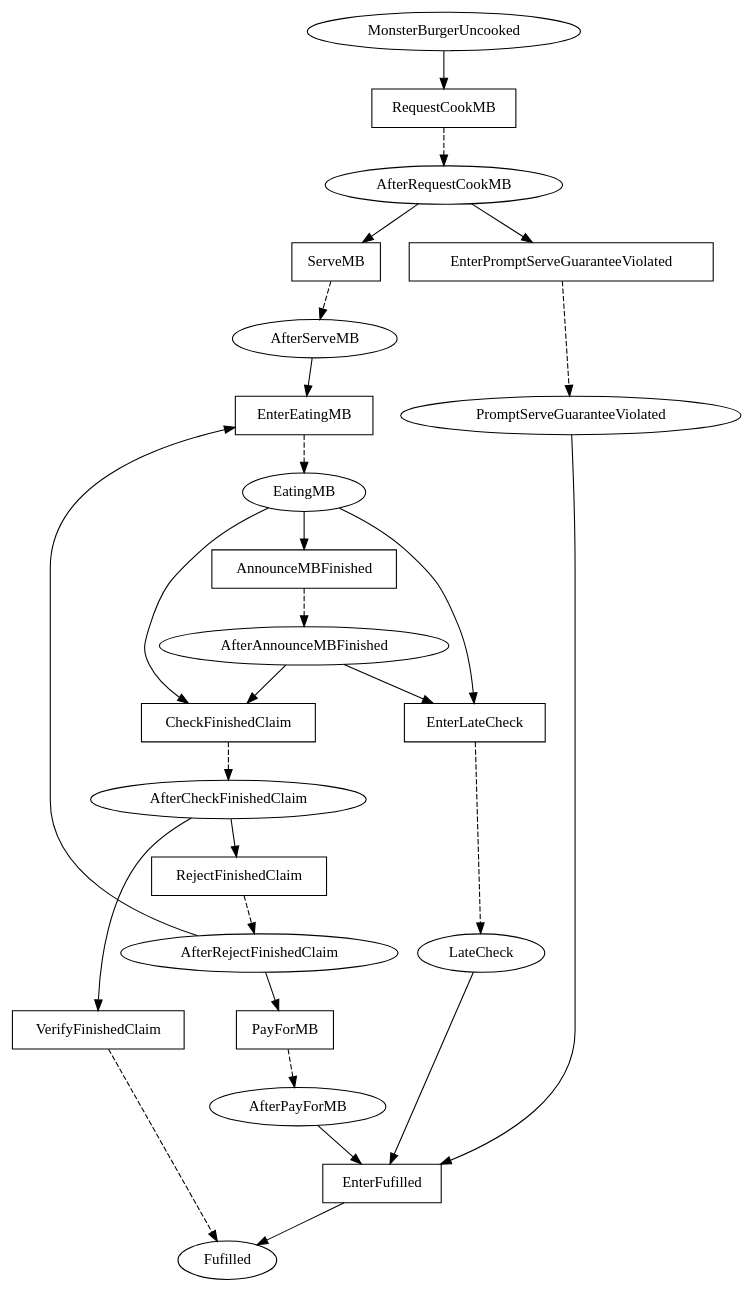
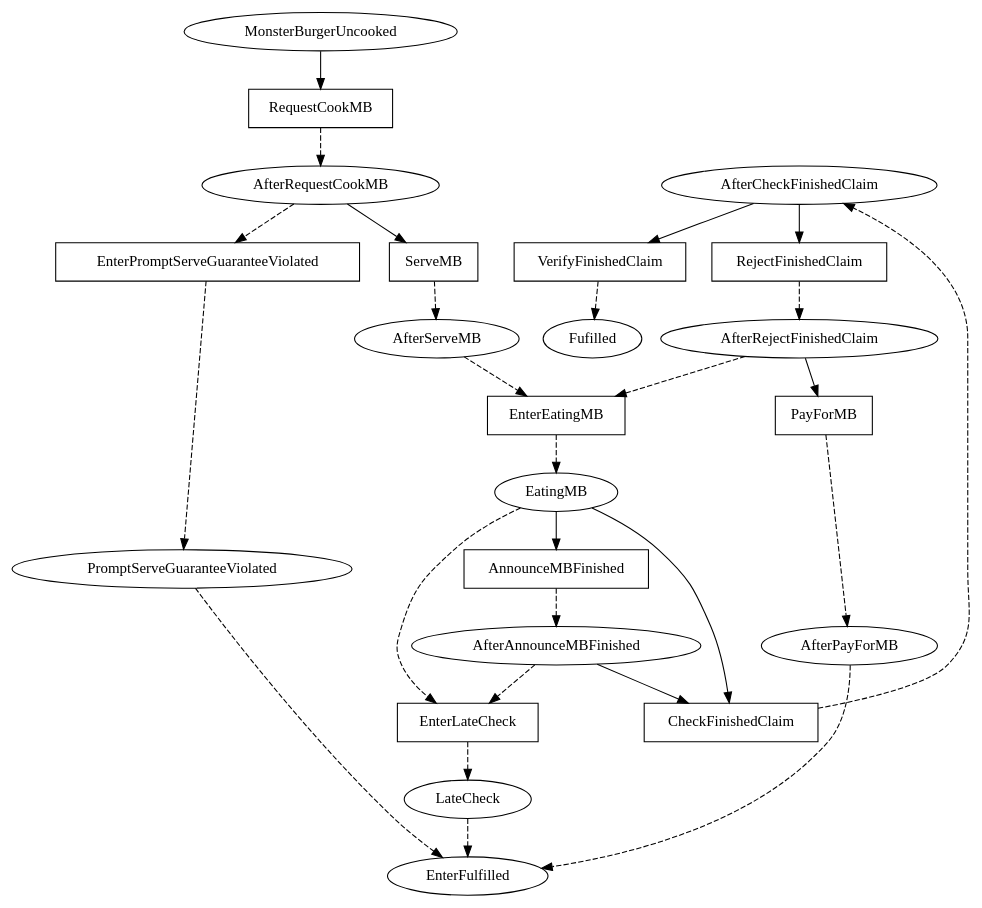
The diagram in linear_state_machine_language/pyL4/examples_graphviz_gen/toy_and_teaching/monster_burger_program_only.dot (Marcao02/complaw-deeptech), drawn with Graphviz before and after one commit. The commit also changed 11 other files, not shown here.

Commit message:
some bugs in graphviz generation, and misc small fixes

```diff
--- a/linear_state_machine_language/pyL4/examples_graphviz_gen/toy_and_teaching/monster_burger_program_only.dot
+++ b/linear_state_machine_language/pyL4/examples_graphviz_gen/toy_and_teaching/monster_burger_program_only.dot
@@ -1,58 +1,57 @@
 // THIS IS A GENERATED FILE. DO NOT EDIT.
 
 digraph Monster_Burger {    
     Fulfilled[label=Fufilled];
     MonsterBurgerUncooked[label=MonsterBurgerUncooked];
 	AfterRequestCookMB[label=AfterRequestCookMB];
 	AfterServeMB[label=AfterServeMB];
 	PromptServeGuaranteeViolated[label=PromptServeGuaranteeViolated];
 	EatingMB[label=EatingMB];
 	AfterAnnounceMBFinished[label=AfterAnnounceMBFinished];
 	LateCheck[label=LateCheck];
 	AfterCheckFinishedClaim[label=AfterCheckFinishedClaim];
 	AfterRejectFinishedClaim[label=AfterRejectFinishedClaim];
 	AfterPayForMB[label=AfterPayForMB]
     
-    EnterFulfilled[label=EnterFufilled,shape=box];
+     
     RequestCookMB[label=RequestCookMB,shape=box];
 	ServeMB[label=ServeMB,shape=box];
 	EnterPromptServeGuaranteeViolated[label=EnterPromptServeGuaranteeViolated,shape=box];
 	EnterEatingMB[label=EnterEatingMB,shape=box];
 	AnnounceMBFinished[label=AnnounceMBFinished,shape=box];
 	EnterLateCheck[label=EnterLateCheck,shape=box];
 	CheckFinishedClaim[label=CheckFinishedClaim,shape=box];
 	RejectFinishedClaim[label=RejectFinishedClaim,shape=box];
 	PayForMB[label=PayForMB,shape=box];
 	VerifyFinishedClaim[label=VerifyFinishedClaim,shape=box]    
     
-    EnterFulfilled -> Fulfilled;
+    
     
     MonsterBurgerUncooked -> RequestCookMB;
 	AfterRequestCookMB -> ServeMB;
-	AfterRequestCookMB -> EnterPromptServeGuaranteeViolated;
-	AfterServeMB -> EnterEatingMB;
-	PromptServeGuaranteeViolated -> EnterFulfilled;
+	AfterRequestCookMB -> EnterPromptServeGuaranteeViolated [style=dashed];
+	AfterServeMB -> EnterEatingMB [style=dashed];
+	PromptServeGuaranteeViolated -> EnterFulfilled [style=dashed];
 	EatingMB -> AnnounceMBFinished;
 	EatingMB -> CheckFinishedClaim;
-	EatingMB -> EnterLateCheck;
+	EatingMB -> EnterLateCheck [style=dashed];
 	AfterAnnounceMBFinished -> CheckFinishedClaim;
-	AfterAnnounceMBFinished -> EnterLateCheck;
-	LateCheck -> EnterFulfilled;
+	AfterAnnounceMBFinished -> EnterLateCheck [style=dashed];
+	LateCheck -> EnterFulfilled [style=dashed];
 	AfterCheckFinishedClaim -> VerifyFinishedClaim;
 	AfterCheckFinishedClaim -> RejectFinishedClaim;
-	AfterRejectFinishedClaim -> EnterEatingMB;
+	AfterRejectFinishedClaim -> EnterEatingMB [style=dashed];
 	AfterRejectFinishedClaim -> PayForMB;
-	AfterPayForMB -> EnterFulfilled
+	AfterPayForMB -> EnterFulfilled [style=dashed]
     
     RequestCookMB -> AfterRequestCookMB [style=dashed];
 	ServeMB -> AfterServeMB [style=dashed];
 	EnterPromptServeGuaranteeViolated -> PromptServeGuaranteeViolated [style=dashed];
 	EnterEatingMB -> EatingMB [style=dashed];
 	AnnounceMBFinished -> AfterAnnounceMBFinished [style=dashed];
 	EnterLateCheck -> LateCheck [style=dashed];
 	CheckFinishedClaim -> AfterCheckFinishedClaim [style=dashed];
 	RejectFinishedClaim -> AfterRejectFinishedClaim [style=dashed];
 	PayForMB -> AfterPayForMB [style=dashed];
-	VerifyFinishedClaim -> Fulfilled [style=dashed];
-	        
+	VerifyFinishedClaim -> Fulfilled [style=dashed]        
 }
```
